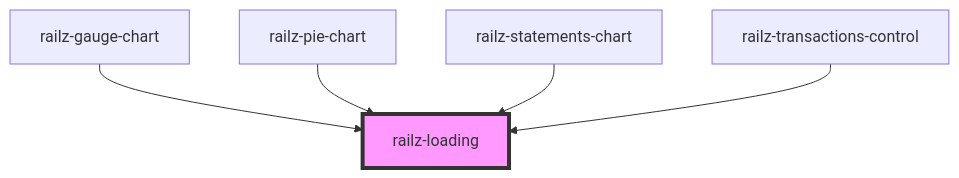
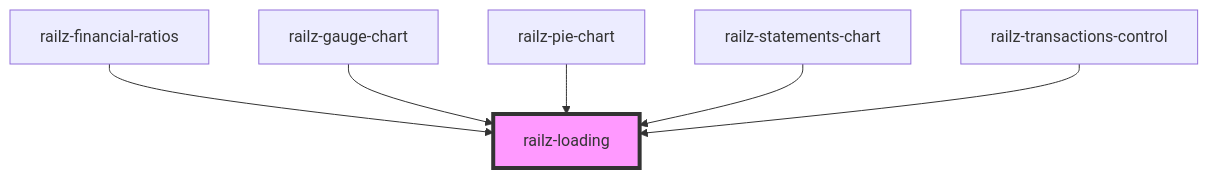
Before and after one commit to railz-ai/railz-visualizations: the diagram in packages/components/src/elements/loading/readme.md, drawn with Mermaid. The commit also changed other lines of this file and 42 other files, not shown here.

First line of the commit message:
Feature/financial ratios (#38)

````diff
--- a/packages/components/src/elements/loading/readme.md
+++ b/packages/components/src/elements/loading/readme.md
@@ -26,8 +27,9 @@
 ```mermaid
 graph TD;
+  railz-financial-ratios --> railz-loading
   railz-gauge-chart --> railz-loading
   railz-pie-chart --> railz-loading
   railz-statements-chart --> railz-loading
   railz-transactions-control --> railz-loading
   style railz-loading fill:#f9f,stroke:#333,stroke-width:4px
 ```
````
